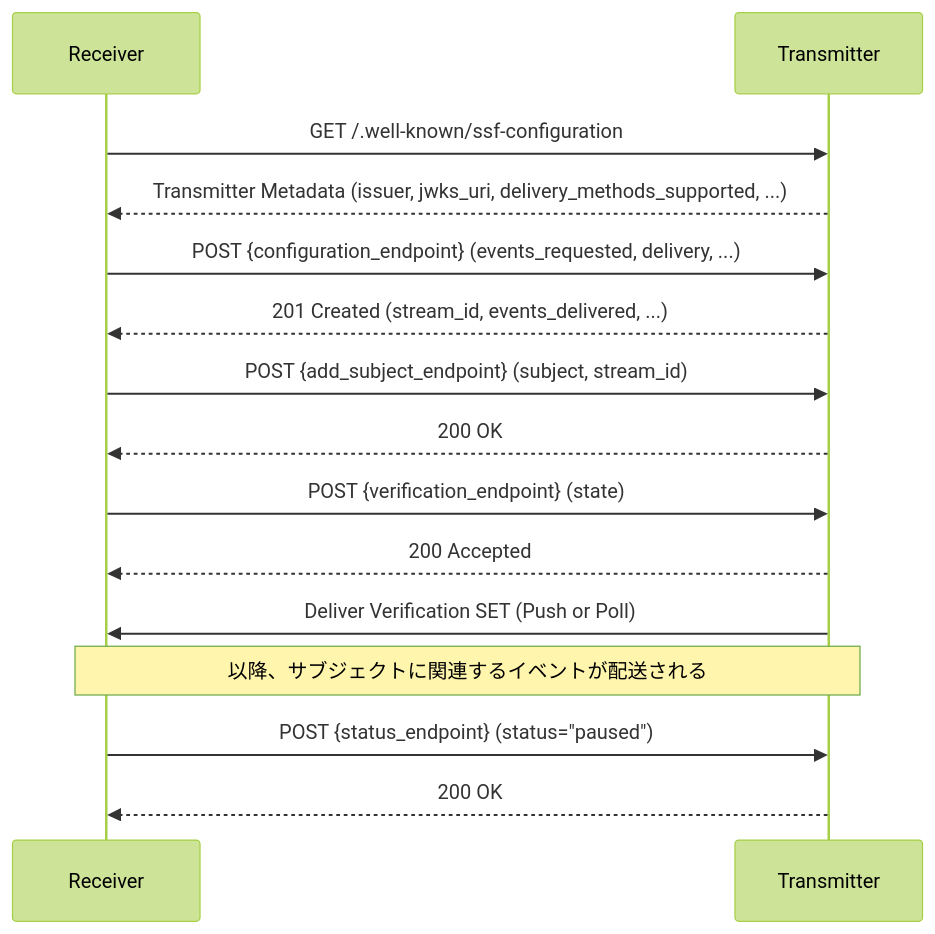
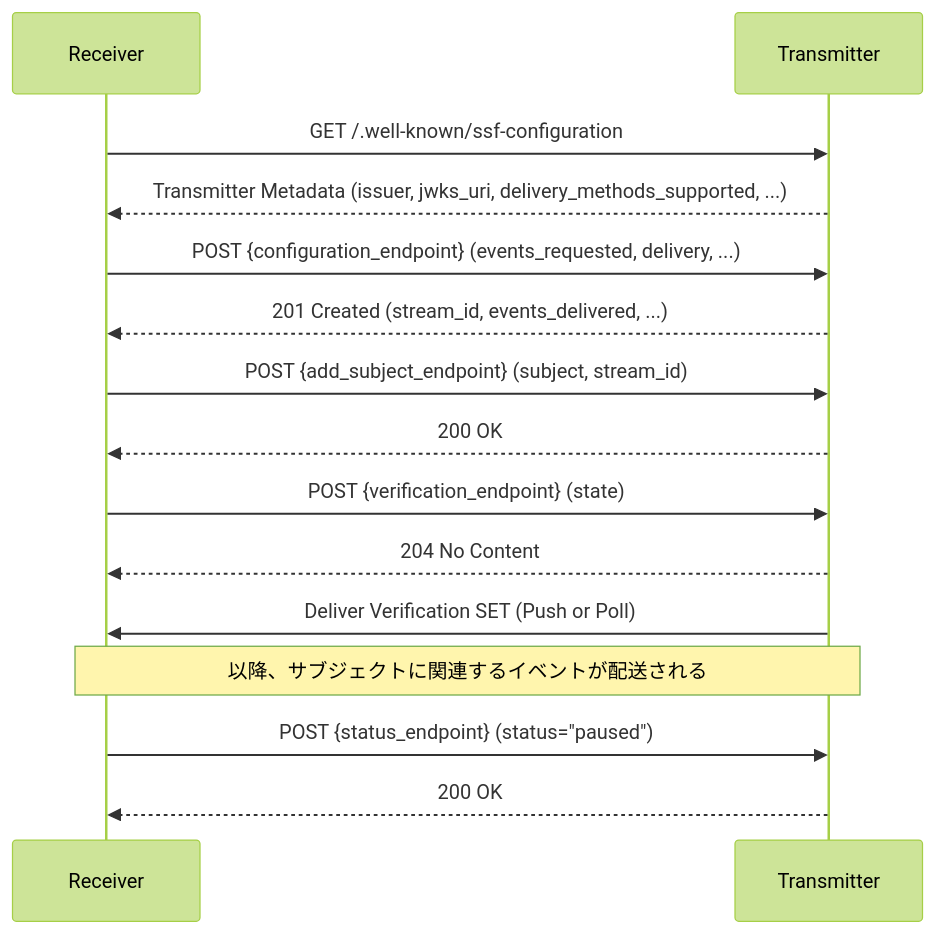
One commit to nbifrye/idbok changed the second of 4 diagrams in docs/specs/openid-shared-signals-framework.md. Above: the diagram before and after it, drawn with Mermaid (forest theme). The commit also changed other lines of this file, not shown here.

````diff
--- a/docs/specs/openid-shared-signals-framework.md
+++ b/docs/specs/openid-shared-signals-framework.md
@@ -73,17 +74,17 @@
 ```mermaid
 sequenceDiagram
     participant R as Receiver
     participant T as Transmitter
     R->>T: GET /.well-known/ssf-configuration
     T-->>R: Transmitter Metadata (issuer, jwks_uri, delivery_methods_supported, ...)
     R->>T: POST {configuration_endpoint} (events_requested, delivery, ...)
     T-->>R: 201 Created (stream_id, events_delivered, ...)
     R->>T: POST {add_subject_endpoint} (subject, stream_id)
     T-->>R: 200 OK
     R->>T: POST {verification_endpoint} (state)
-    T-->>R: 200 Accepted
+    T-->>R: 204 No Content
     T->>R: Deliver Verification SET (Push or Poll)
     Note over T,R: 以降、サブジェクトに関連するイベントが配送される
     R->>T: POST {status_endpoint} (status="paused")
     T-->>R: 200 OK
 ```
````
